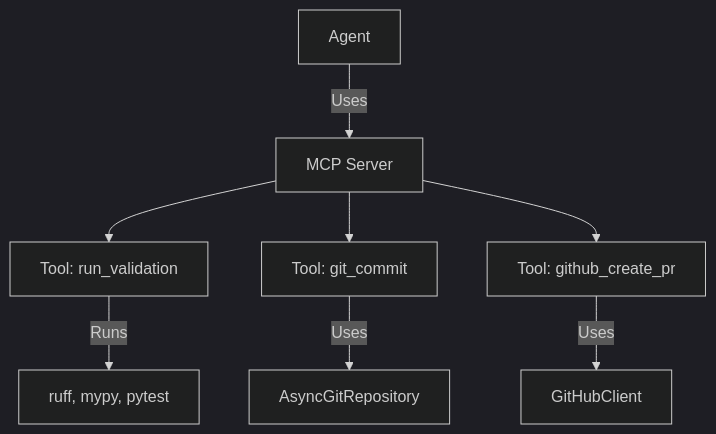
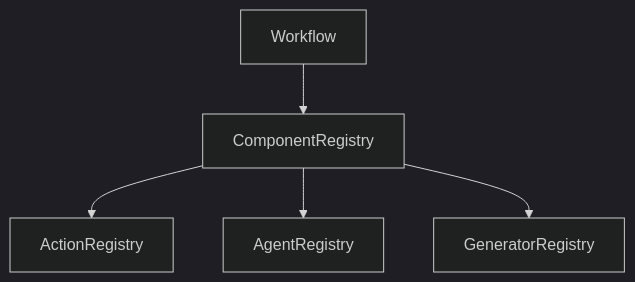
One commit to get2knowio/maverick changed the diagram in docs/slidev/slides/part2/17-mcp-tools.md. Above: the diagram before and after it, drawn with Mermaid (dark theme). The commit also changed other lines of this file and 14 other files, not shown here.

````diff
--- a/docs/slidev/slides/part2/17-mcp-tools.md
+++ b/docs/slidev/slides/part2/17-mcp-tools.md
@@ -107,11 +130,7 @@
-```mermaid {scale: 0.55}
+```mermaid {scale: 0.64}
 flowchart TD
-    A[Agent] -->|Uses| B[MCP Server]
-    B --> C[Tool: run_validation]
-    B --> D[Tool: git_commit]
-    B --> E[Tool: github_create_pr]
-    
-    C -->|Runs| F[ruff, mypy, pytest]
-    D -->|Uses| G[AsyncGitRepository]
-    E -->|Uses| H[GitHubClient]
+    A[Workflow] --> B[ComponentRegistry]
+    B --> C[ActionRegistry]
+    B --> D[AgentRegistry]
+    B --> E[GeneratorRegistry]
 ```
````
